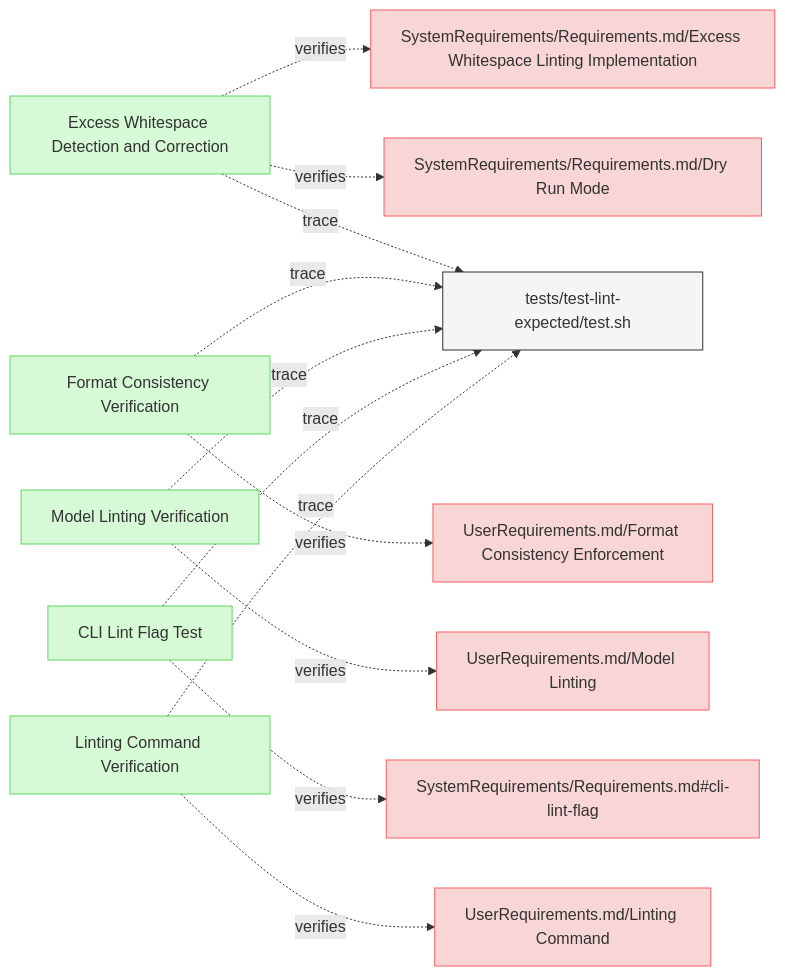
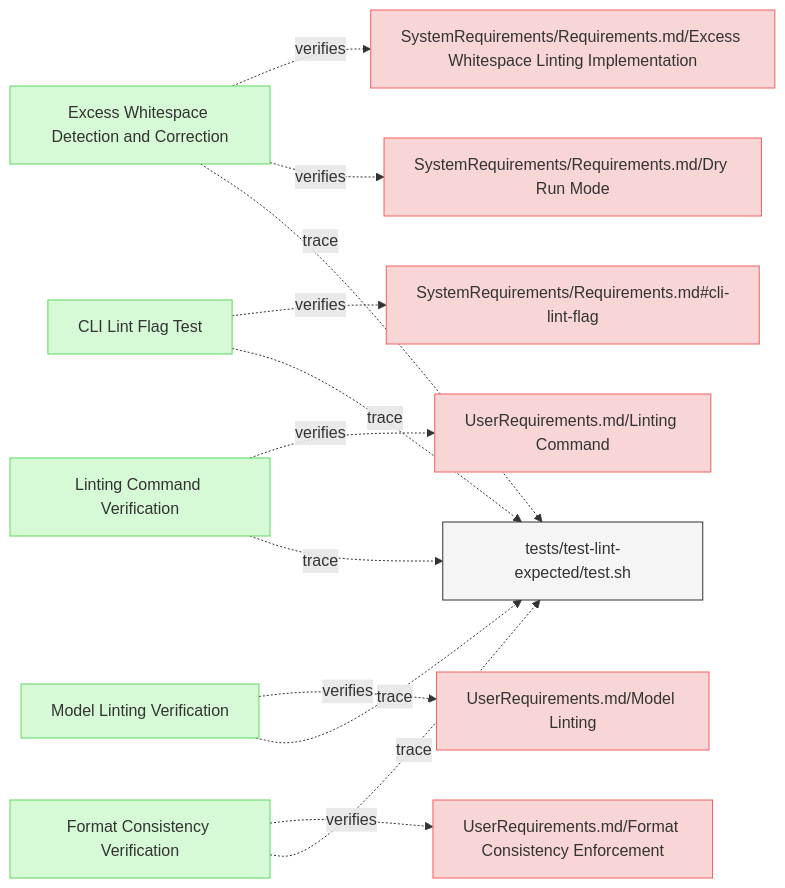
One commit to reqvire-org/reqvire changed the first of 3 diagrams in specifications/Verifications/LintingTests.md. Above: the diagram before and after it, drawn with Mermaid. The commit also changed other lines of this file and 21 other files, not shown here.

````diff
--- a/specifications/Verifications/LintingTests.md
+++ b/specifications/Verifications/LintingTests.md
@@ -6,56 +6,56 @@
 ```mermaid
 graph LR;
   %% Graph styling
   classDef requirement fill:#f9d6d6,stroke:#f55f5f,stroke-width:1px;
   classDef verification fill:#d6f9d6,stroke:#5fd75f,stroke-width:1px;
   classDef externalLink fill:#d0e0ff,stroke:#3080ff,stroke-width:1px;
   classDef default fill:#f5f5f5,stroke:#333333,stroke-width:1px;
 
-  139eaf174bc54d54["Excess Whitespace Detection and Correction"];
-  click 139eaf174bc54d54 "https://github.com/ilijaljubicic/Reqvire/blob/8a68ca1eab81bac7964085e47777a0a92447c6a5/specifications/Verifications/LintingTests.md#excess-whitespace-detection-and-correction";
-  class 139eaf174bc54d54 verification;
-  87548b2599ea86c2["SystemRequirements/Requirements.md/Excess Whitespace Linting Implementation"];
-  class 87548b2599ea86c2 requirement;
-  click 87548b2599ea86c2 "https://github.com/ilijaljubicic/Reqvire/blob/8a68ca1eab81bac7964085e47777a0a92447c6a5/specifications/SystemRequirements/Requirements.md#excess-whitespace-linting-implementation";
-  139eaf174bc54d54 -.->|verifies| 87548b2599ea86c2;
-  c080457c84fad54c["SystemRequirements/Requirements.md/Dry Run Mode"];
-  class c080457c84fad54c requirement;
-  click c080457c84fad54c "https://github.com/ilijaljubicic/Reqvire/blob/8a68ca1eab81bac7964085e47777a0a92447c6a5/specifications/SystemRequirements/Requirements.md#dry-run-mode";
-  139eaf174bc54d54 -.->|verifies| c080457c84fad54c;
-  b23d704cd1d9d920["tests/test-lint-expected/test.sh"];
-  class b23d704cd1d9d920 default;
-  click b23d704cd1d9d920 "https://github.com/ilijaljubicic/Reqvire/blob/8a68ca1eab81bac7964085e47777a0a92447c6a5/tests/test-lint-expected/test.sh";
-  139eaf174bc54d54 -.->|trace| b23d704cd1d9d920;
-  fc5452f530d165ac["Format Consistency Verification"];
-  click fc5452f530d165ac "https://github.com/ilijaljubicic/Reqvire/blob/8a68ca1eab81bac7964085e47777a0a92447c6a5/specifications/Verifications/LintingTests.md#format-consistency-verification";
-  class fc5452f530d165ac verification;
-  43bbec4721cc6a68["UserRequirements.md/Format Consistency Enforcement"];
-  class 43bbec4721cc6a68 requirement;
-  click 43bbec4721cc6a68 "https://github.com/ilijaljubicic/Reqvire/blob/8a68ca1eab81bac7964085e47777a0a92447c6a5/specifications/UserRequirements.md#format-consistency-enforcement";
-  fc5452f530d165ac -.->|verifies| 43bbec4721cc6a68;
-  fc5452f530d165ac -.->|trace| b23d704cd1d9d920;
-  4259d3ea5b362216["Model Linting Verification"];
-  click 4259d3ea5b362216 "https://github.com/ilijaljubicic/Reqvire/blob/8a68ca1eab81bac7964085e47777a0a92447c6a5/specifications/Verifications/LintingTests.md#model-linting-verification";
-  class 4259d3ea5b362216 verification;
-  36d76b90ace3a564["UserRequirements.md/Model Linting"];
-  class 36d76b90ace3a564 requirement;
-  click 36d76b90ace3a564 "https://github.com/ilijaljubicic/Reqvire/blob/8a68ca1eab81bac7964085e47777a0a92447c6a5/specifications/UserRequirements.md#model-linting";
-  4259d3ea5b362216 -.->|verifies| 36d76b90ace3a564;
-  4259d3ea5b362216 -.->|trace| b23d704cd1d9d920;
-  1b44eade541aaf22["CLI Lint Flag Test"];
-  click 1b44eade541aaf22 "https://github.com/ilijaljubicic/Reqvire/blob/8a68ca1eab81bac7964085e47777a0a92447c6a5/specifications/Verifications/LintingTests.md#cli-lint-flag-test";
-  class 1b44eade541aaf22 verification;
-  cb01ebe750839cf7["SystemRequirements/Requirements.md#cli-lint-flag"];
-  class cb01ebe750839cf7 requirement;
-  click cb01ebe750839cf7 "https://github.com/ilijaljubicic/Reqvire/blob/8a68ca1eab81bac7964085e47777a0a92447c6a5/specifications/SystemRequirements/Requirements.md#cli-lint-flag";
-  1b44eade541aaf22 -.->|verifies| cb01ebe750839cf7;
-  1b44eade541aaf22 -.->|trace| b23d704cd1d9d920;
-  40175f2aac49899b["Linting Command Verification"];
-  click 40175f2aac49899b "https://github.com/ilijaljubicic/Reqvire/blob/8a68ca1eab81bac7964085e47777a0a92447c6a5/specifications/Verifications/LintingTests.md#linting-command-verification";
-  class 40175f2aac49899b verification;
-  f1de164cd9ee3fd["UserRequirements.md/Linting Command"];
-  class f1de164cd9ee3fd requirement;
-  click f1de164cd9ee3fd "https://github.com/ilijaljubicic/Reqvire/blob/8a68ca1eab81bac7964085e47777a0a92447c6a5/specifications/UserRequirements.md#linting-command";
-  40175f2aac49899b -.->|verifies| f1de164cd9ee3fd;
-  40175f2aac49899b -.->|trace| b23d704cd1d9d920;
+  fbe07d524dbc79f7["Linting Command Verification"];
+  click fbe07d524dbc79f7 "https://github.com/Reqvire/reqvire/blob/f18e52f9f88c64f67a79abc4e93eb74b3ec22615/specifications/Verifications/LintingTests.md#linting-command-verification";
+  class fbe07d524dbc79f7 verification;
+  28b0f9fa78937e61["UserRequirements.md/Linting Command"];
+  class 28b0f9fa78937e61 requirement;
+  click 28b0f9fa78937e61 "https://github.com/Reqvire/reqvire/blob/f18e52f9f88c64f67a79abc4e93eb74b3ec22615/specifications/UserRequirements.md#linting-command";
+  fbe07d524dbc79f7 -.->|verifies| 28b0f9fa78937e61;
+  569c6cdb3294a8d5["tests/test-lint-expected/test.sh"];
+  class 569c6cdb3294a8d5 default;
+  click 569c6cdb3294a8d5 "https://github.com/Reqvire/reqvire/blob/f18e52f9f88c64f67a79abc4e93eb74b3ec22615/tests/test-lint-expected/test.sh";
+  fbe07d524dbc79f7 -.->|trace| 569c6cdb3294a8d5;
+  4ec0755de791b8c6["CLI Lint Flag Test"];
+  click 4ec0755de791b8c6 "https://github.com/Reqvire/reqvire/blob/f18e52f9f88c64f67a79abc4e93eb74b3ec22615/specifications/Verifications/LintingTests.md#cli-lint-flag-test";
+  class 4ec0755de791b8c6 verification;
+  3f235c1000d5347f["SystemRequirements/Requirements.md#cli-lint-flag"];
+  class 3f235c1000d5347f requirement;
+  click 3f235c1000d5347f "https://github.com/Reqvire/reqvire/blob/f18e52f9f88c64f67a79abc4e93eb74b3ec22615/specifications/SystemRequirements/Requirements.md#cli-lint-flag";
+  4ec0755de791b8c6 -.->|verifies| 3f235c1000d5347f;
+  4ec0755de791b8c6 -.->|trace| 569c6cdb3294a8d5;
+  716f75498f400b63["Excess Whitespace Detection and Correction"];
+  click 716f75498f400b63 "https://github.com/Reqvire/reqvire/blob/f18e52f9f88c64f67a79abc4e93eb74b3ec22615/specifications/Verifications/LintingTests.md#excess-whitespace-detection-and-correction";
+  class 716f75498f400b63 verification;
+  ab8dfb01e717d34["SystemRequirements/Requirements.md/Excess Whitespace Linting Implementation"];
+  class ab8dfb01e717d34 requirement;
+  click ab8dfb01e717d34 "https://github.com/Reqvire/reqvire/blob/f18e52f9f88c64f67a79abc4e93eb74b3ec22615/specifications/SystemRequirements/Requirements.md#excess-whitespace-linting-implementation";
+  716f75498f400b63 -.->|verifies| ab8dfb01e717d34;
+  d21b16b30de7350d["SystemRequirements/Requirements.md/Dry Run Mode"];
+  class d21b16b30de7350d requirement;
+  click d21b16b30de7350d "https://github.com/Reqvire/reqvire/blob/f18e52f9f88c64f67a79abc4e93eb74b3ec22615/specifications/SystemRequirements/Requirements.md#dry-run-mode";
+  716f75498f400b63 -.->|verifies| d21b16b30de7350d;
+  716f75498f400b63 -.->|trace| 569c6cdb3294a8d5;
+  90b51d9c48bc542d["Model Linting Verification"];
+  click 90b51d9c48bc542d "https://github.com/Reqvire/reqvire/blob/f18e52f9f88c64f67a79abc4e93eb74b3ec22615/specifications/Verifications/LintingTests.md#model-linting-verification";
+  class 90b51d9c48bc542d verification;
+  84c4dc11e82e8638["UserRequirements.md/Model Linting"];
+  class 84c4dc11e82e8638 requirement;
+  click 84c4dc11e82e8638 "https://github.com/Reqvire/reqvire/blob/f18e52f9f88c64f67a79abc4e93eb74b3ec22615/specifications/UserRequirements.md#model-linting";
+  90b51d9c48bc542d -.->|verifies| 84c4dc11e82e8638;
+  90b51d9c48bc542d -.->|trace| 569c6cdb3294a8d5;
+  f35ede8f8934159a["Format Consistency Verification"];
+  click f35ede8f8934159a "https://github.com/Reqvire/reqvire/blob/f18e52f9f88c64f67a79abc4e93eb74b3ec22615/specifications/Verifications/LintingTests.md#format-consistency-verification";
+  class f35ede8f8934159a verification;
+  1ddbeea0cf8eaad5["UserRequirements.md/Format Consistency Enforcement"];
+  class 1ddbeea0cf8eaad5 requirement;
+  click 1ddbeea0cf8eaad5 "https://github.com/Reqvire/reqvire/blob/f18e52f9f88c64f67a79abc4e93eb74b3ec22615/specifications/UserRequirements.md#format-consistency-enforcement";
+  f35ede8f8934159a -.->|verifies| 1ddbeea0cf8eaad5;
+  f35ede8f8934159a -.->|trace| 569c6cdb3294a8d5;
 ```
````
